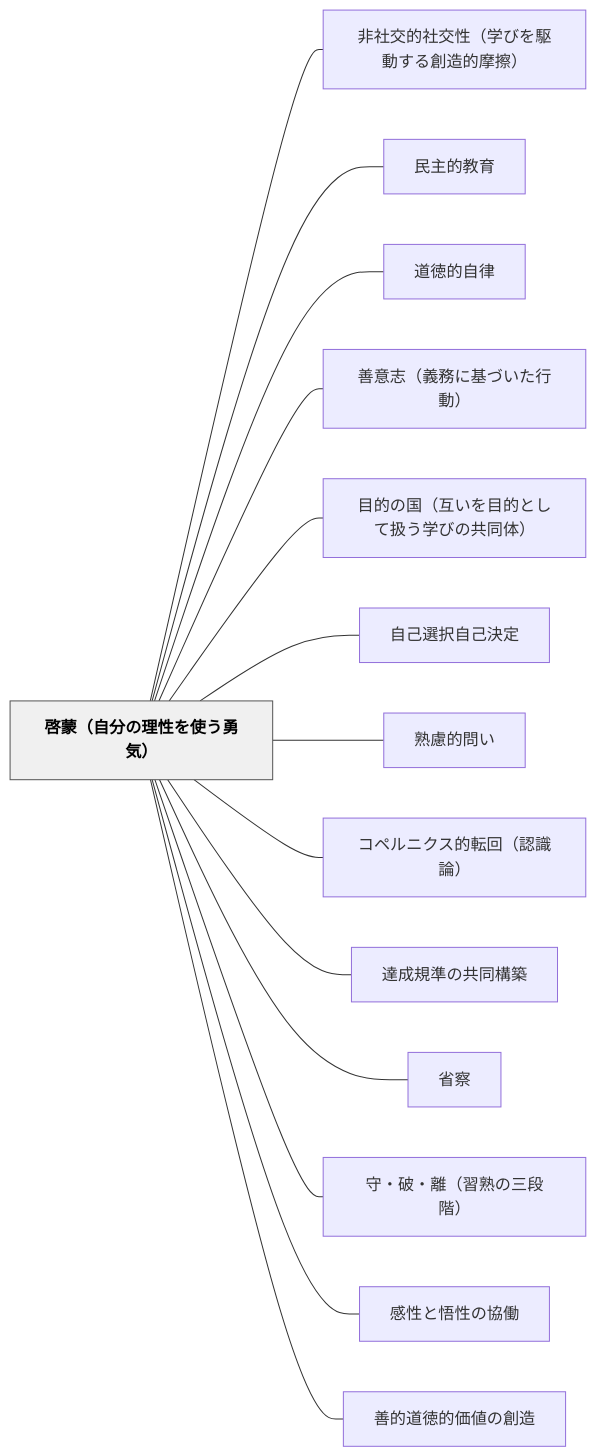
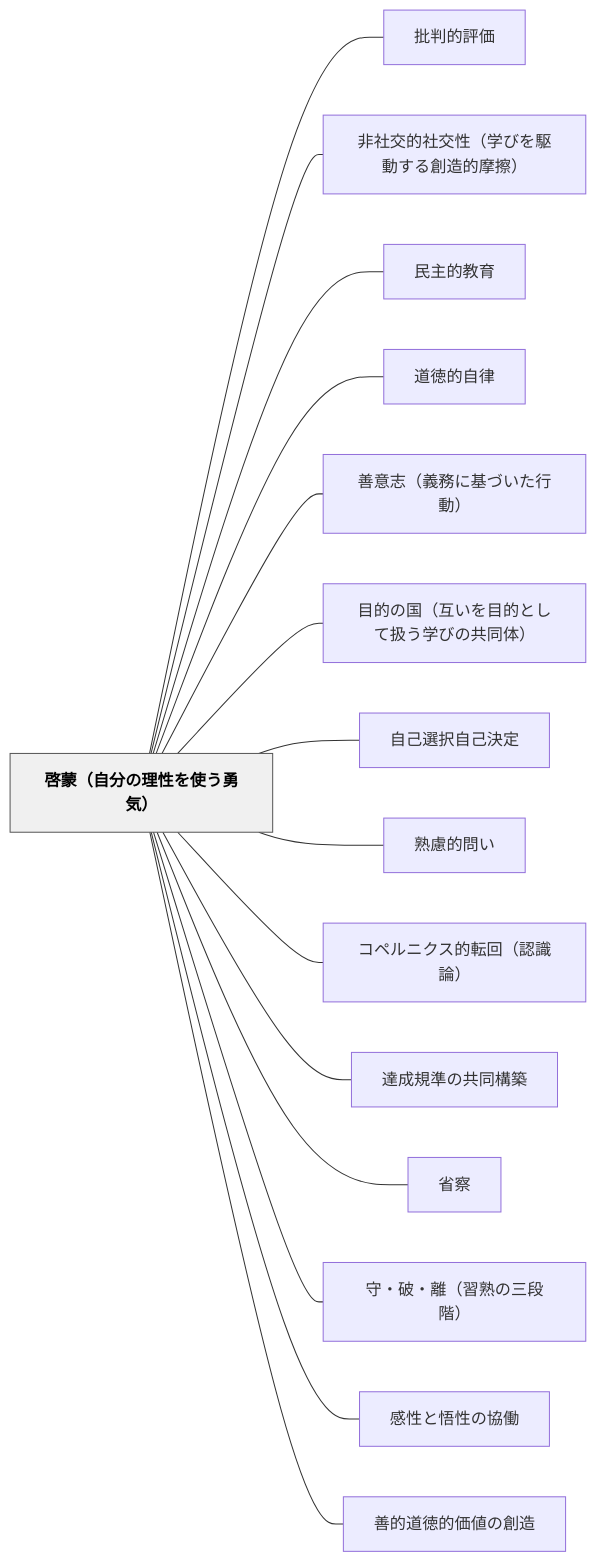
One commit to unknownthings-ed-patterns/unknownthings-ed-patterns changed the diagram in content/パタン/啓蒙（自分の理性を使う勇気）.md. Above: the diagram before and after it, drawn with Mermaid. The commit also changed other lines of this file and 47 other files, not shown here.

````diff
--- a/content/パタン/啓蒙（自分の理性を使う勇気）.md
+++ b/content/パタン/啓蒙（自分の理性を使う勇気）.md
@@ -124,34 +125,36 @@
 ```mermaid
 flowchart LR
     ne59593e89299efbc88e887aae58886e381aee79086e680a7e38292e4bdbfe38186e58b87e6b097efbc89["啓蒙（自分の理性を使う勇気）"]
+    ne689b9e588a4e79a84e8a995e4bea1["批判的評価"]
     ne99d9ee7a4bee4baa4e79a84e7a4bee4baa4e680a7efbc88e5ada6e381b3e38292e9a786e58b95e38199e3828be589b5e980a0e79a84e691a9e693a6efbc89["非社交的社交性（学びを駆動する創造的摩擦）"]
     ne6b091e4b8bbe79a84e69599e882b2["民主的教育"]
     ne98193e5beb3e79a84e887aae5be8b["道徳的自律"]
     ne59684e6848fe5bf97efbc88e7bea9e58b99e381abe59fbae381a5e38184e3819fe8a18ce58b95efbc89["善意志（義務に基づいた行動）"]
     ne79baee79a84e381aee59bbdefbc88e4ba92e38184e38292e79baee79a84e381a8e38197e381a6e689b1e38186e5ada6e381b3e381aee585b1e5908ce4bd93efbc89["目的の国（互いを目的として扱う学びの共同体）"]
     ne887aae5b7b1e981b8e68a9ee887aae5b7b1e6b1bae5ae9a["自己選択自己決定"]
     ne7869fe685aee79a84e5958fe38184["熟慮的問い"]
     ne382b3e3839ae383abe3838be382afe382b9e79a84e8bba2e59b9eefbc88e8aa8de8ad98e8ab96efbc89["コペルニクス的転回（認識論）"]
     ne98194e68890e8a68fe6ba96e381aee585b1e5908ce6a78be7af89["達成規準の共同構築"]
     ne79c81e5af9f["省察"]
     ne5ae88e383bbe7a0b4e383bbe99ba2efbc88e7bf92e7869fe381aee4b889e6aeb5e99a8eefbc89["守・破・離（習熟の三段階）"]
     ne6849fe680a7e381a8e6829fe680a7e381aee58d94e5838d["感性と悟性の協働"]
     ne59684e79a84e98193e5beb3e79a84e4bea1e580a4e381aee589b5e980a0["善的道徳的価値の創造"]
 
+    ne59593e89299efbc88e887aae58886e381aee79086e680a7e38292e4bdbfe38186e58b87e6b097efbc89 --- ne689b9e588a4e79a84e8a995e4bea1
     ne59593e89299efbc88e887aae58886e381aee79086e680a7e38292e4bdbfe38186e58b87e6b097efbc89 --- ne99d9ee7a4bee4baa4e79a84e7a4bee4baa4e680a7efbc88e5ada6e381b3e38292e9a786e58b95e38199e3828be589b5e980a0e79a84e691a9e693a6efbc89
     ne59593e89299efbc88e887aae58886e381aee79086e680a7e38292e4bdbfe38186e58b87e6b097efbc89 --- ne6b091e4b8bbe79a84e69599e882b2
     ne59593e89299efbc88e887aae58886e381aee79086e680a7e38292e4bdbfe38186e58b87e6b097efbc89 --- ne98193e5beb3e79a84e887aae5be8b
     ne59593e89299efbc88e887aae58886e381aee79086e680a7e38292e4bdbfe38186e58b87e6b097efbc89 --- ne59684e6848fe5bf97efbc88e7bea9e58b99e381abe59fbae381a5e38184e3819fe8a18ce58b95efbc89
     ne59593e89299efbc88e887aae58886e381aee79086e680a7e38292e4bdbfe38186e58b87e6b097efbc89 --- ne79baee79a84e381aee59bbdefbc88e4ba92e38184e38292e79baee79a84e381a8e38197e381a6e689b1e38186e5ada6e381b3e381aee585b1e5908ce4bd93efbc89
     ne59593e89299efbc88e887aae58886e381aee79086e680a7e38292e4bdbfe38186e58b87e6b097efbc89 --- ne887aae5b7b1e981b8e68a9ee887aae5b7b1e6b1bae5ae9a
     ne59593e89299efbc88e887aae58886e381aee79086e680a7e38292e4bdbfe38186e58b87e6b097efbc89 --- ne7869fe685aee79a84e5958fe38184
     ne59593e89299efbc88e887aae58886e381aee79086e680a7e38292e4bdbfe38186e58b87e6b097efbc89 --- ne382b3e3839ae383abe3838be382afe382b9e79a84e8bba2e59b9eefbc88e8aa8de8ad98e8ab96efbc89
     ne59593e89299efbc88e887aae58886e381aee79086e680a7e38292e4bdbfe38186e58b87e6b097efbc89 --- ne98194e68890e8a68fe6ba96e381aee585b1e5908ce6a78be7af89
     ne59593e89299efbc88e887aae58886e381aee79086e680a7e38292e4bdbfe38186e58b87e6b097efbc89 --- ne79c81e5af9f
     ne59593e89299efbc88e887aae58886e381aee79086e680a7e38292e4bdbfe38186e58b87e6b097efbc89 --- ne5ae88e383bbe7a0b4e383bbe99ba2efbc88e7bf92e7869fe381aee4b889e6aeb5e99a8eefbc89
     ne59593e89299efbc88e887aae58886e381aee79086e680a7e38292e4bdbfe38186e58b87e6b097efbc89 --- ne6849fe680a7e381a8e6829fe680a7e381aee58d94e5838d
     ne59593e89299efbc88e887aae58886e381aee79086e680a7e38292e4bdbfe38186e58b87e6b097efbc89 --- ne59684e79a84e98193e5beb3e79a84e4bea1e580a4e381aee589b5e980a0
 
     classDef hub fill:#f0f0f0,stroke:#555,color:#000,font-weight:bold
     class ne59593e89299efbc88e887aae58886e381aee79086e680a7e38292e4bdbfe38186e58b87e6b097efbc89 hub
 ```
````
